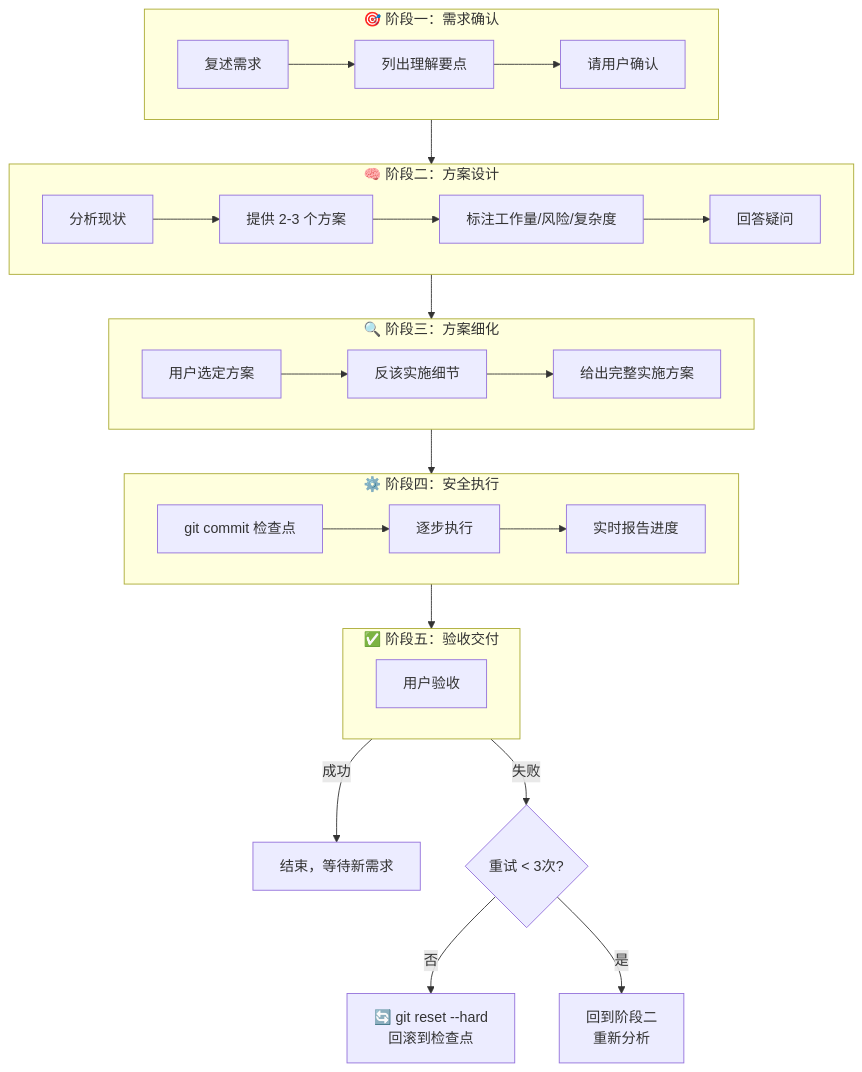
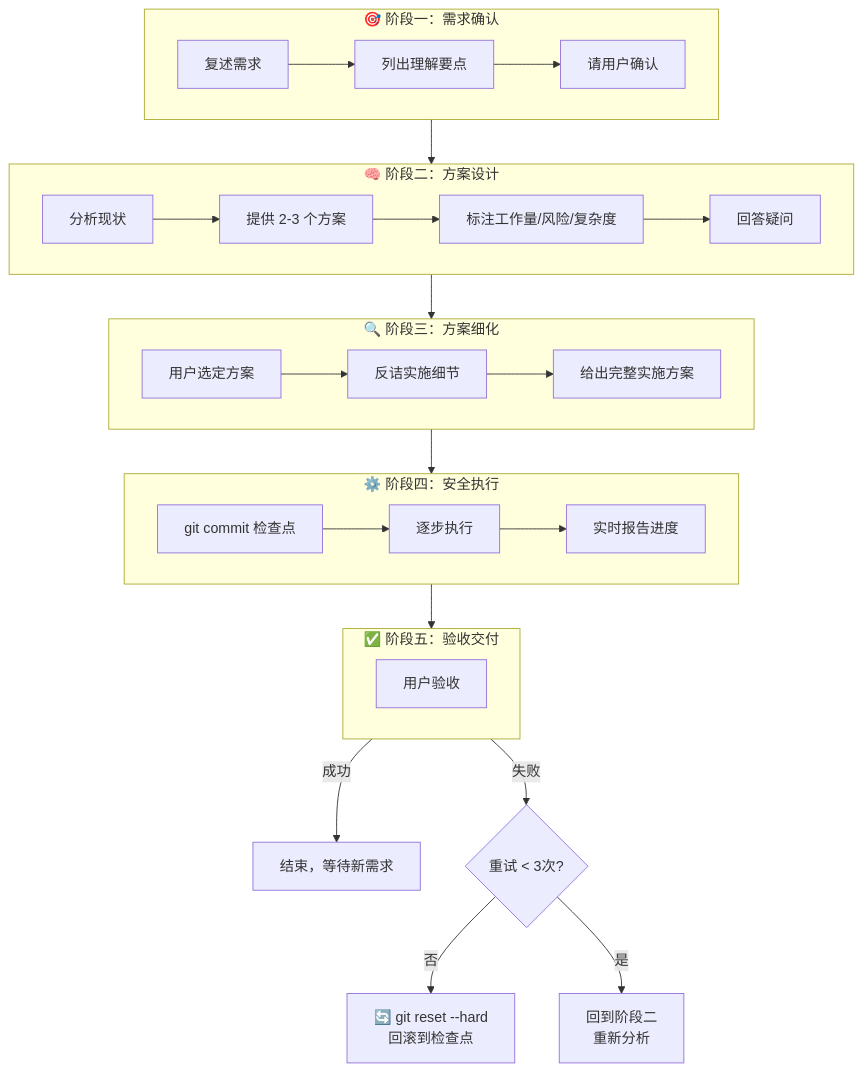
One commit to NiannianSoHungry/check-then-go-skill changed the diagram in README.md. Above: the diagram before and after it, drawn with Mermaid.

Commit message:
fix: 修正错别字 反该→反诘

````diff
--- a/README.md
+++ b/README.md
@@ -53,42 +53,42 @@
 ```mermaid
 flowchart TD
     subgraph 阶段一["🎯 阶段一：需求确认"]
         direction LR
         A1[复述需求] --> A2[列出理解要点]
         A2 --> A3[请用户确认]
     end
 
     subgraph 阶段二["🧠 阶段二：方案设计"]
         direction LR
         B1[分析现状] --> B2[提供 2-3 个方案]
         B2 --> B3[标注工作量/风险/复杂度]
         B3 --> B4[回答疑问]
     end
 
     subgraph 阶段三["🔍 阶段三：方案细化"]
         direction LR
-        C1[用户选定方案] --> C2[反该实施细节]
+        C1[用户选定方案] --> C2[反诘实施细节]
         C2 --> C3[给出完整实施方案]
     end
 
     subgraph 阶段四["⚙️ 阶段四：安全执行"]
         direction LR
         D1[git commit 检查点] --> D2[逐步执行]
         D2 --> D3[实时报告进度]
     end
 
     subgraph 阶段五["✅ 阶段五：验收交付"]
         direction LR
         E1[用户验收]
     end
 
     阶段一 --> 阶段二
     阶段二 --> 阶段三
     阶段三 --> 阶段四
     阶段四 --> 阶段五
 
     E1 -->|成功| F[结束，等待新需求]
     E1 -->|失败| G{重试 < 3次?}
     G -->|否| H[🔄 git reset --hard<br/>回滚到检查点]
     G -->|是| 回到阶段二[回到阶段二<br/>重新分析]
 ```
````
